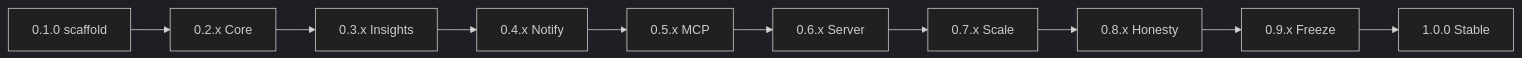
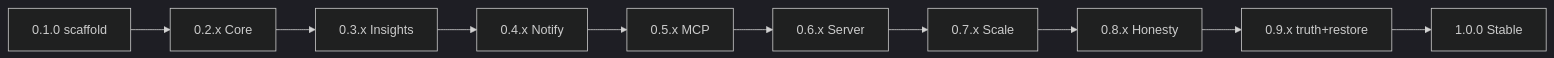
One commit to hrodrig/kpm changed the diagram in docs/ROADMAP.md. Above: the diagram before and after it, drawn with Mermaid (dark theme). The commit also changed other lines of this file and 1 other file, not shown here.

First line of the commit message:
docs: open the 0.9 band plan and stop the roadmap lying about it

````diff
--- a/docs/ROADMAP.md
+++ b/docs/ROADMAP.md
@@ -31,12 +31,12 @@
 ```mermaid
 flowchart LR
   scaffold["0.1.0 scaffold"] --> core["0.2.x Core"]
   core --> insights["0.3.x Insights"]
   insights --> notify["0.4.x Notify"]
   notify --> mcp["0.5.x MCP"]
   mcp --> server["0.6.x Server"]
   server --> scale["0.7.x Scale"]
   scale --> honesty["0.8.x Honesty"]
-  honesty --> freeze["0.9.x Freeze"]
+  honesty --> freeze["0.9.x truth+restore"]
   freeze --> v1["1.0.0 Stable"]
 ```
````
